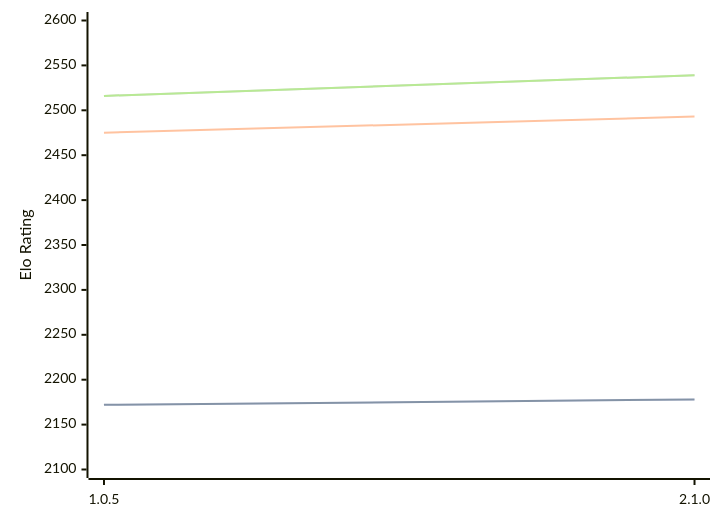
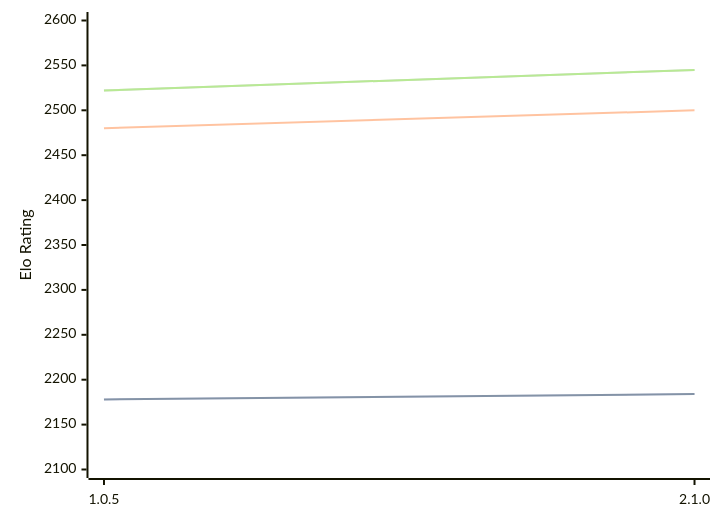
The diagram in engines/Ruffian.md (computer-chess-index/cci), drawn with Mermaid before and after one commit. The commit also changed other lines of this file, not shown here.

Commit message:
Update CCI Ratings (ELO VLTC) - 2026-04-14

````diff
--- a/engines/Ruffian.md
+++ b/engines/Ruffian.md
@@ -32,11 +32,11 @@
 ```mermaid
 %%{init: {"theme":"base","themeVariables":{"seriesColors:['#a3a3a3','#222221','#faa371']}}}%%
 xychart-beta
   x-axis ["1.0.5", "2.1.0"]
   y-axis "Elo Rating" 2100 --> 2600
-  line "STC (8.0+0.08s)" [2172, 2178]
-  line "STC (8.0+0.08s)" [2172, 2178]
-  line "LTC (60.0+0.60s)" [2475, 2493]
-  line "VLTC (2m24s+1.12s)" [2516, 2539]
-  line "VLTC (2m24s+1.12s)" [2516, 2539]
+  line "STC (8.0+0.08s)" [2178, 2184]
+  line "STC (8.0+0.08s)" [2178, 2184]
+  line "LTC (60.0+0.60s)" [2480, 2500]
+  line "VLTC (2m24s+1.12s)" [2522, 2545]
+  line "VLTC (2m24s+1.12s)" [2522, 2545]
 ```
````
